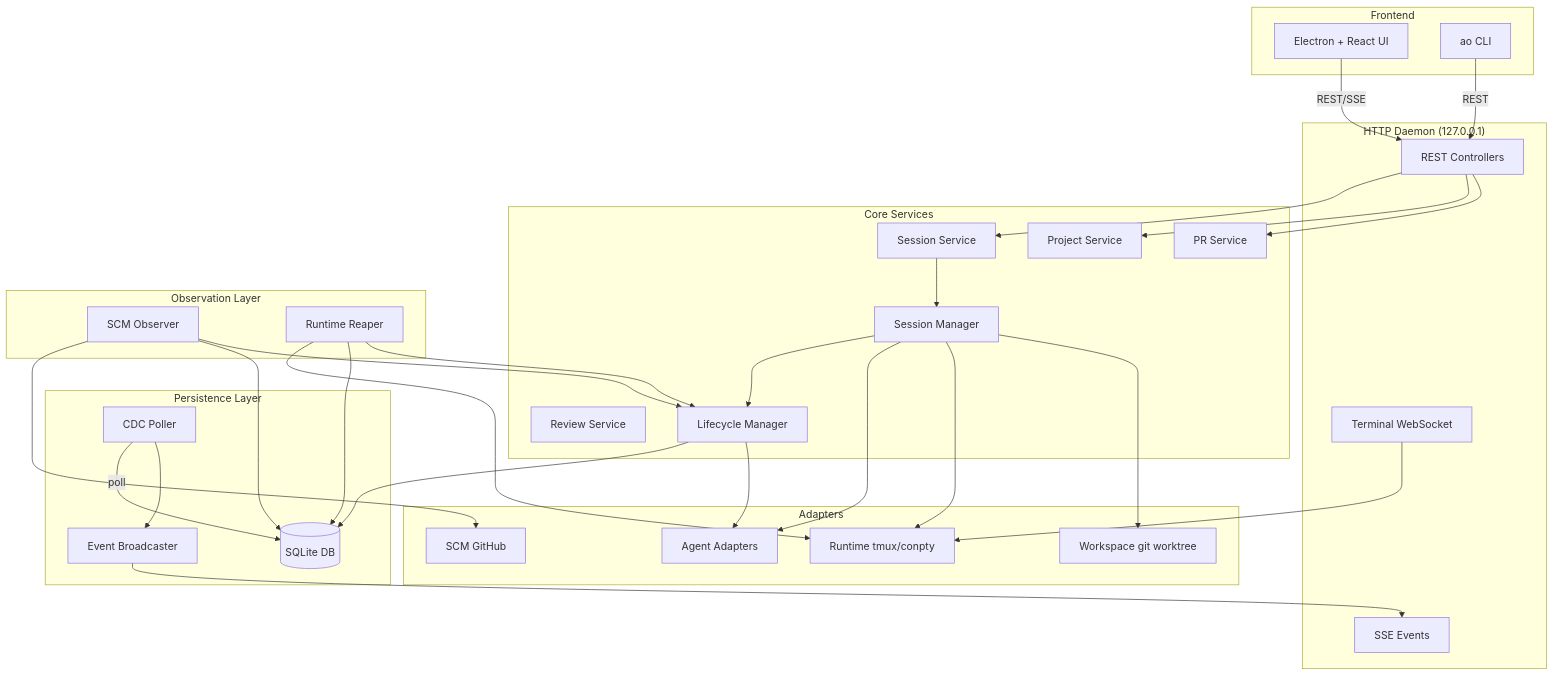
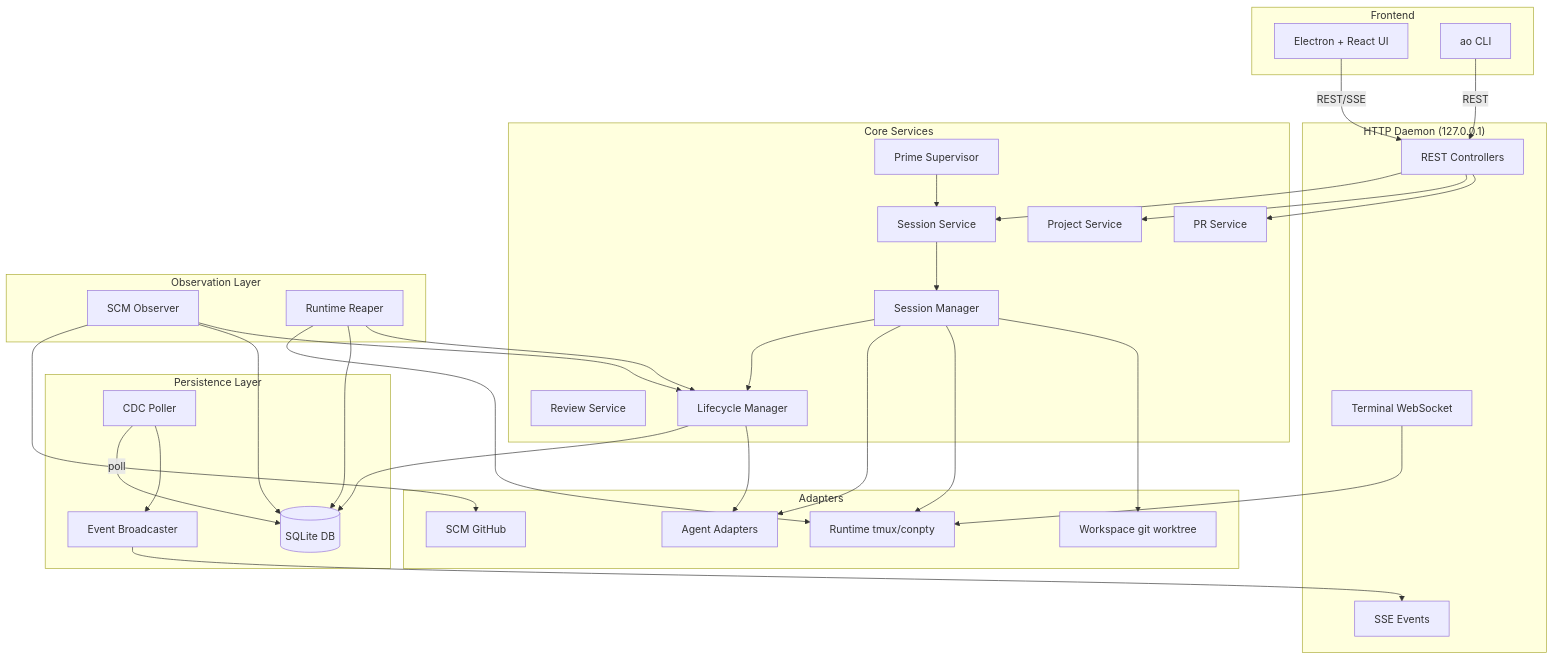
The second of 23 diagrams in docs/architecture.md (polymath-ventures/agent-orchestrator), drawn with Mermaid before and after one commit. The commit also changed other lines of this file and 45 other files, not shown here.

First line of the commit message:
feat(prime): add daemon-gated fleet supervisor (#45)

````diff
--- a/docs/architecture.md
+++ b/docs/architecture.md
@@ -50,70 +55,72 @@
 ```mermaid
 graph TB
     subgraph Frontend
         FE[Electron + React UI]
         CLI[ao CLI]
     end
 
     subgraph HTTP["HTTP Daemon (127.0.0.1)"]
         Controllers[REST Controllers]
         SSE[SSE Events]
         Terminal[Terminal WebSocket]
     end
 
     subgraph Core["Core Services"]
         SessionSvc[Session Service]
+        PrimeSupervisor[Prime Supervisor]
         ProjectSvc[Project Service]
         PRSvc[PR Service]
         ReviewSvc[Review Service]
         SessionMgr[Session Manager]
         LCM[Lifecycle Manager]
     end
 
     subgraph Observe["Observation Layer"]
         SCMObserver[SCM Observer]
         Reaper[Runtime Reaper]
     end
 
     subgraph Storage["Persistence Layer"]
         SQLite[(SQLite DB)]
         CDC[CDC Poller]
         Broadcaster[Event Broadcaster]
     end
 
     subgraph Adapters["Adapters"]
         AgentAdapter[Agent Adapters]
         RuntimeAdapter[Runtime tmux/conpty]
         WorkspaceAdapter[Workspace git worktree]
         SCMAdapter[SCM GitHub]
     end
 
     FE -->|REST/SSE| Controllers
     CLI -->|REST| Controllers
     Controllers --> SessionSvc
     Controllers --> ProjectSvc
     Controllers --> PRSvc
 
     SessionSvc --> SessionMgr
+    PrimeSupervisor --> SessionSvc
     SessionMgr --> LCM
     SessionMgr --> AgentAdapter
     SessionMgr --> RuntimeAdapter
     SessionMgr --> WorkspaceAdapter
 
     LCM --> SQLite
     LCM --> AgentAdapter
 
     SCMObserver --> SCMAdapter
     SCMObserver --> SQLite
     SCMObserver --> LCM
 
     Reaper --> RuntimeAdapter
     Reaper --> SQLite
     Reaper --> LCM
 
     CDC -->|poll| SQLite
     CDC --> Broadcaster
     Broadcaster --> SSE
 
     Terminal --> RuntimeAdapter
 
 ```
````
